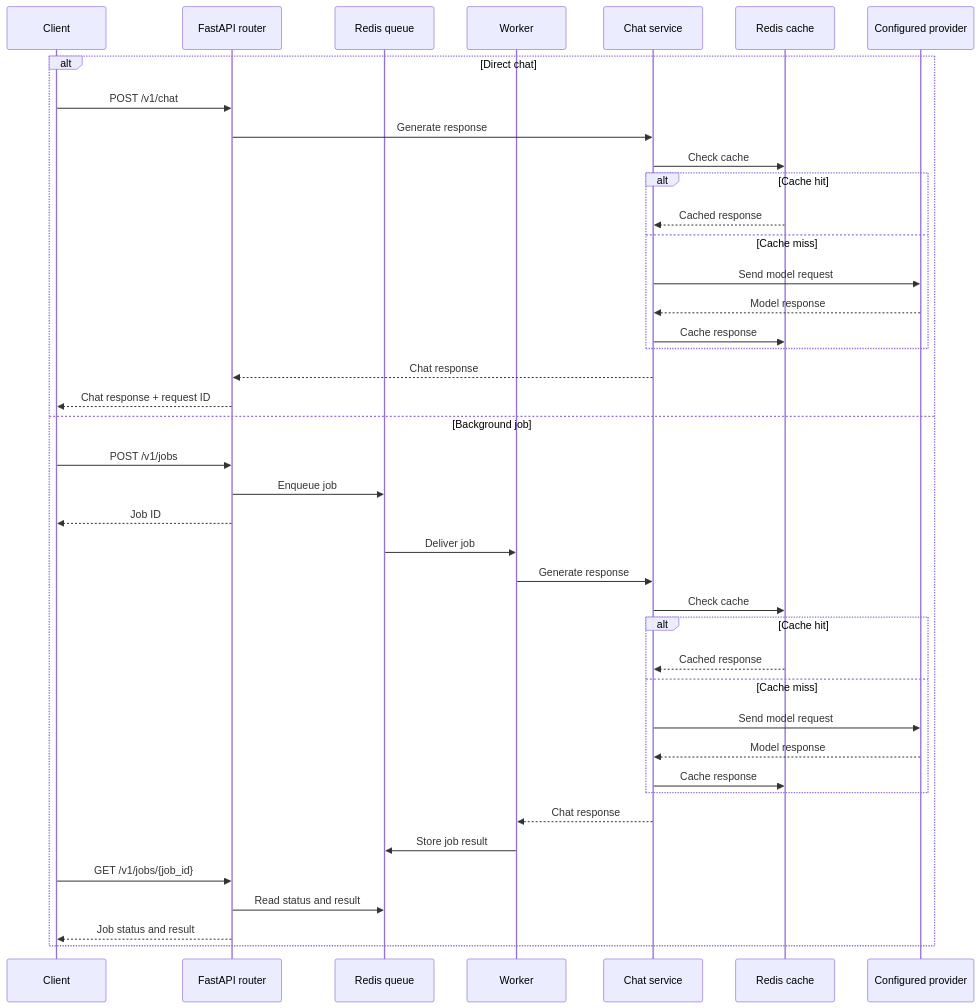
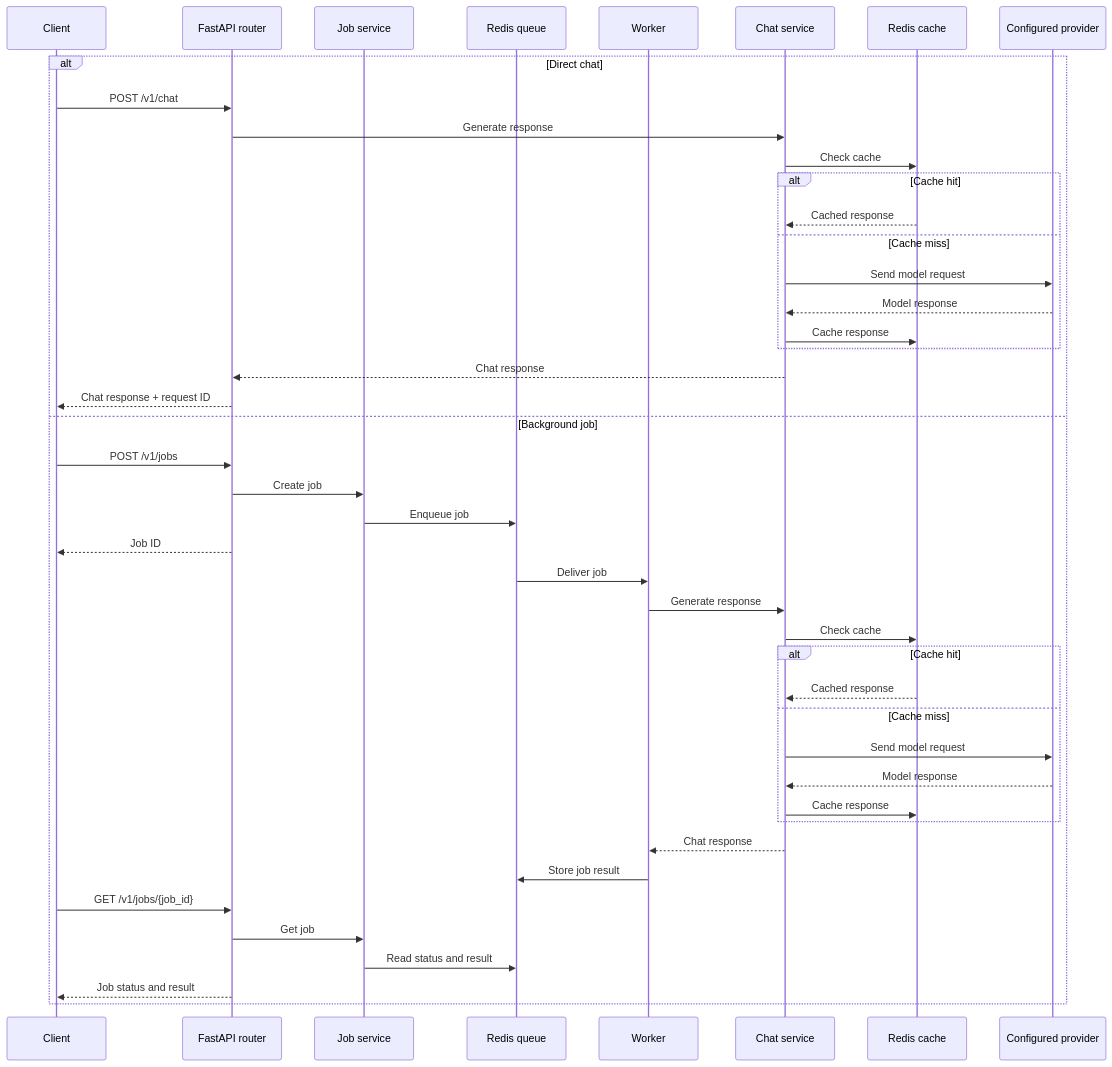
The second of 2 diagrams in 00P2-project-llm-api/README.md (WeerayutBu/backend), drawn with Mermaid before and after one commit. The commit also changed other lines of this file and 44 other files, not shown here.

````diff
--- a/00P2-project-llm-api/README.md
+++ b/00P2-project-llm-api/README.md
@@ -44,44 +49,47 @@
 ```mermaid
 sequenceDiagram
     participant C as Client
     participant A as FastAPI router
+    participant J as Job service
     participant Q as Redis queue
     participant W as Worker
     participant S as Chat service
     participant R as Redis cache
     participant L as Configured provider
 
     alt Direct chat
         C->>A: POST /v1/chat
         A->>S: Generate response
         S->>R: Check cache
         alt Cache hit
             R-->>S: Cached response
         else Cache miss
             S->>L: Send model request
             L-->>S: Model response
             S->>R: Cache response
         end
         S-->>A: Chat response
         A-->>C: Chat response + request ID
     else Background job
         C->>A: POST /v1/jobs
-        A->>Q: Enqueue job
+        A->>J: Create job
+        J->>Q: Enqueue job
         A-->>C: Job ID
         Q->>W: Deliver job
         W->>S: Generate response
         S->>R: Check cache
         alt Cache hit
             R-->>S: Cached response
         else Cache miss
             S->>L: Send model request
             L-->>S: Model response
             S->>R: Cache response
         end
         S-->>W: Chat response
         W->>Q: Store job result
         C->>A: GET /v1/jobs/{job_id}
-        A->>Q: Read status and result
+        A->>J: Get job
+        J->>Q: Read status and result
         A-->>C: Job status and result
     end
 ```
````
